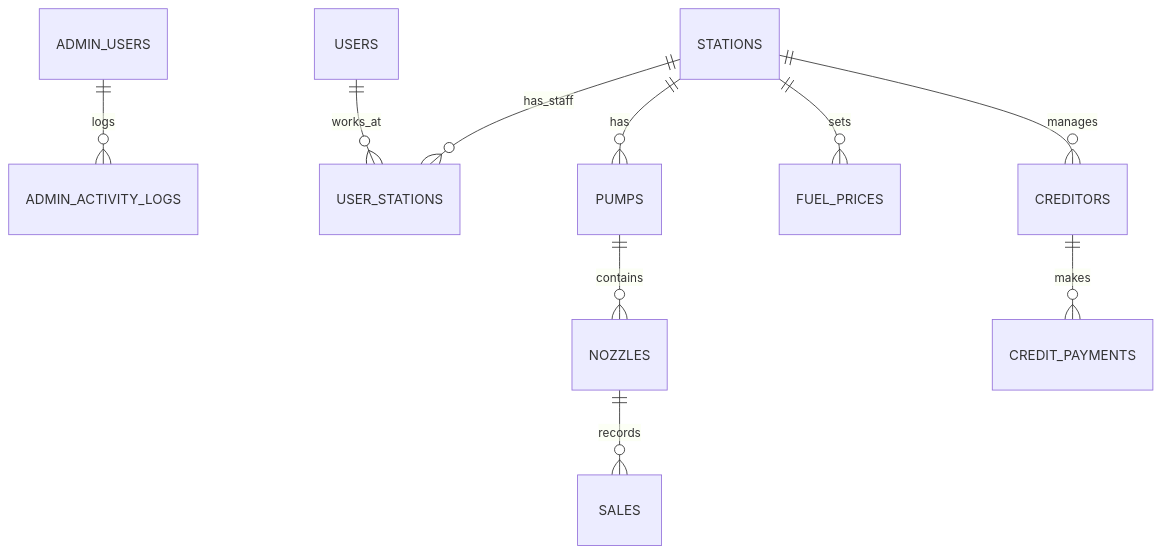
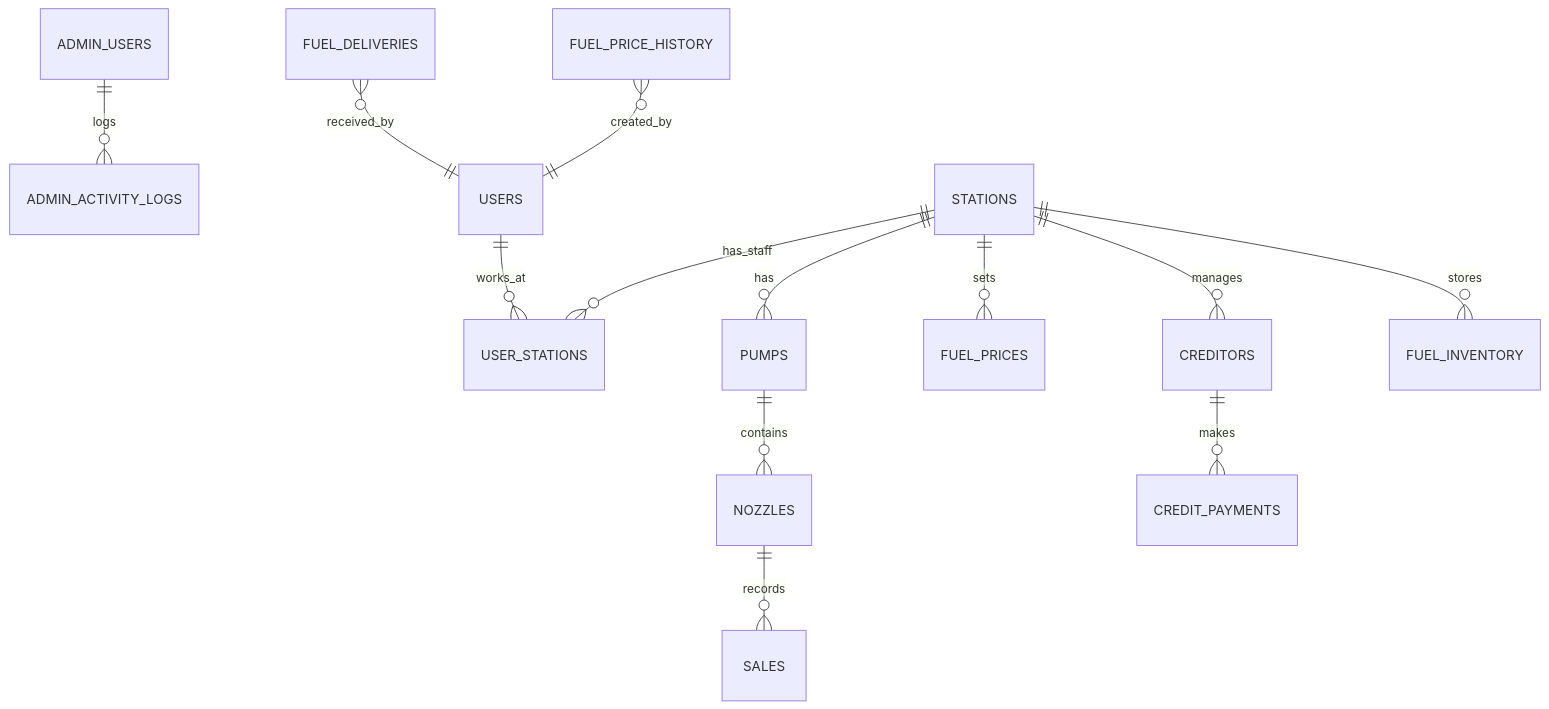
One commit to iamramakanthreddyk/fuelsync-hub changed the diagram in docs/ERD.md. Above: the diagram before and after it, drawn with Mermaid. The commit also changed 5 other files, not shown here.

````diff
--- a/docs/ERD.md
+++ b/docs/ERD.md
@@ -1,12 +1,15 @@
 ```mermaid
 erDiagram
     ADMIN_USERS ||--o{ ADMIN_ACTIVITY_LOGS : "logs"
     USERS ||--o{ USER_STATIONS : "works_at"
     STATIONS ||--o{ USER_STATIONS : "has_staff"
     STATIONS ||--o{ PUMPS : "has"
     PUMPS ||--o{ NOZZLES : "contains"
     NOZZLES ||--o{ SALES : "records"
     STATIONS ||--o{ FUEL_PRICES : "sets"
     STATIONS ||--o{ CREDITORS : "manages"
     CREDITORS ||--o{ CREDIT_PAYMENTS : "makes"
+    STATIONS ||--o{ FUEL_INVENTORY : "stores"
+    FUEL_DELIVERIES }o--|| USERS : "received_by"
+    FUEL_PRICE_HISTORY }o--|| USERS : "created_by"
 ```
````
